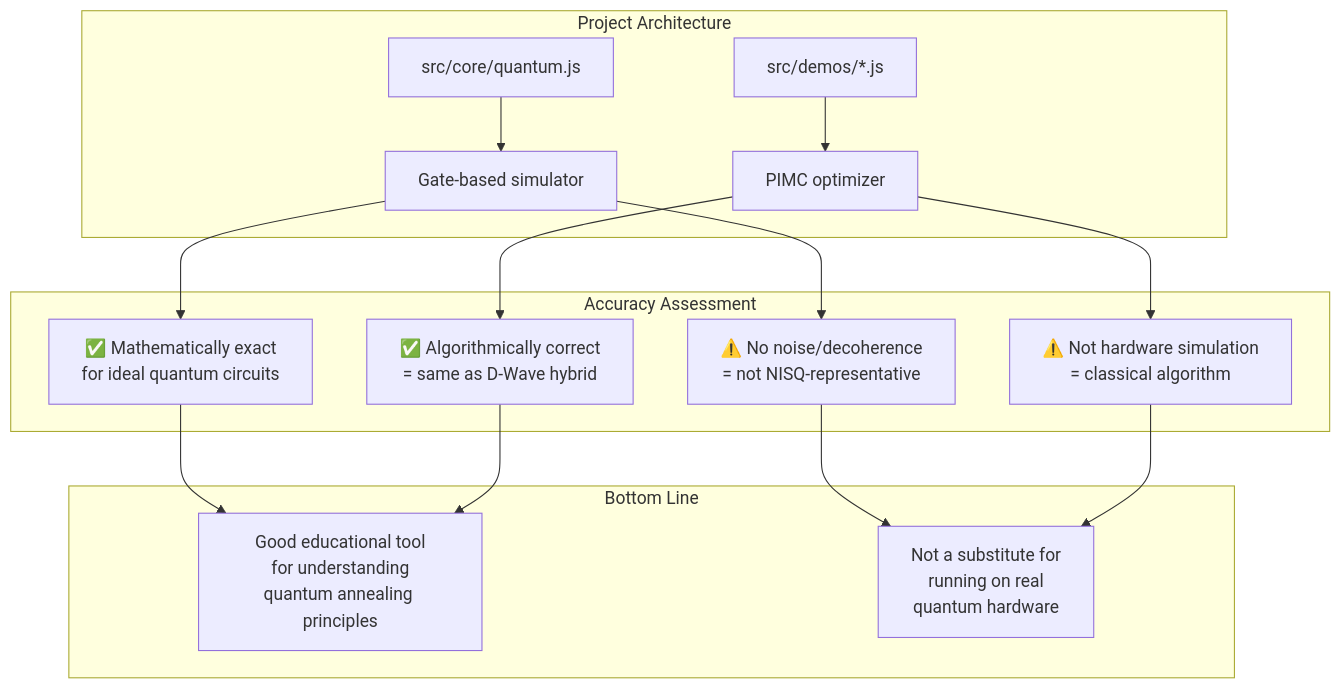
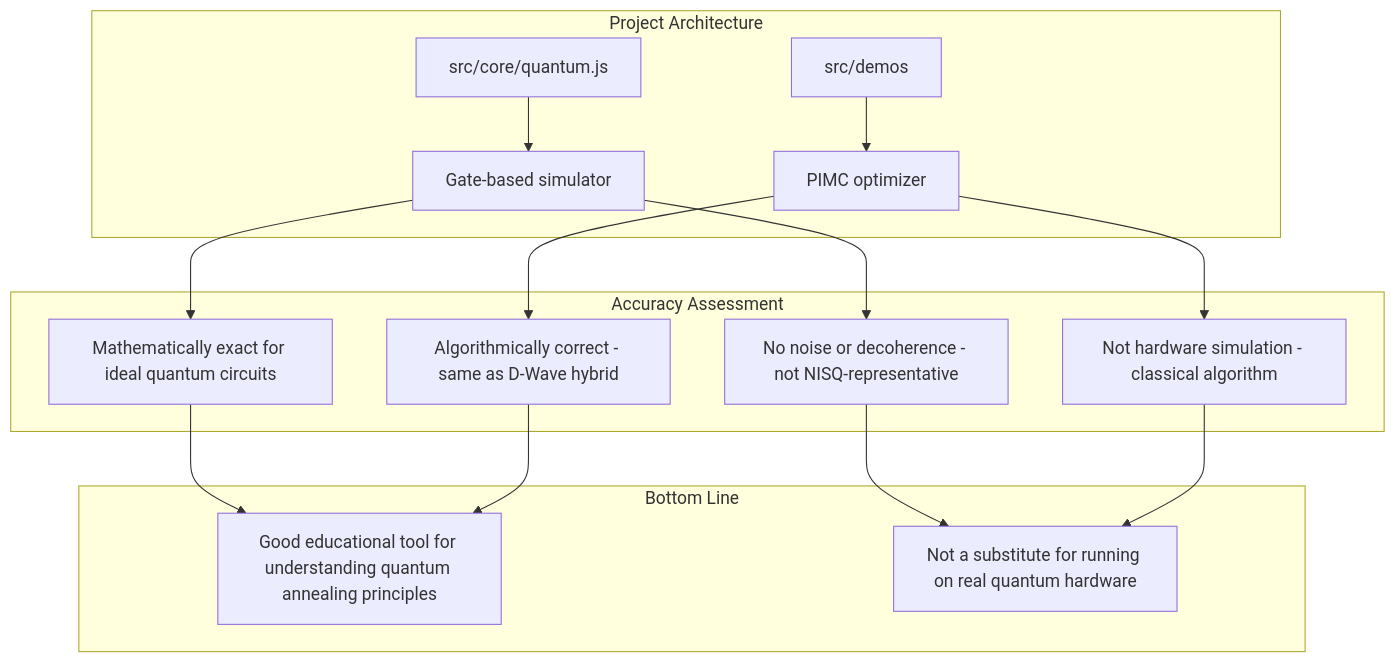
The fourth of 4 diagrams in ACCURACY_REPORT.md (fmacpro/qbit), drawn with Mermaid before and after one commit. The commit also changed other lines of this file, not shown here.

First line of the commit message:
Fix Mermaid diagrams for GitHub compatibility

````diff
--- a/ACCURACY_REPORT.md
+++ b/ACCURACY_REPORT.md
@@ -268,24 +268,24 @@
 ```mermaid
 graph TD
     subgraph "Project Architecture"
         A["src/core/quantum.js"] --> B["Gate-based simulator"]
-        C["src/demos/*.js"] --> D["PIMC optimizer"]
+        C["src/demos"] --> D["PIMC optimizer"]
     end
     
     subgraph "Accuracy Assessment"
-        B --> E["✅ Mathematically exact<br/>for ideal quantum circuits"]
-        B --> F["⚠️ No noise/decoherence<br/>= not NISQ-representative"]
-        D --> G["✅ Algorithmically correct<br/>= same as D-Wave hybrid"]
-        D --> H["⚠️ Not hardware simulation<br/>= classical algorithm"]
+        B --> E["Mathematically exact for ideal quantum circuits"]
+        B --> F["No noise or decoherence - not NISQ-representative"]
+        D --> G["Algorithmically correct - same as D-Wave hybrid"]
+        D --> H["Not hardware simulation - classical algorithm"]
     end
     
     subgraph "Bottom Line"
-        I["Good educational tool<br/>for understanding<br/>quantum annealing principles"]
-        J["Not a substitute for<br/>running on real<br/>quantum hardware"]
+        I["Good educational tool for understanding quantum annealing principles"]
+        J["Not a substitute for running on real quantum hardware"]
     end
     
     E --> I
     G --> I
     F --> J
     H --> J
 ```
````
